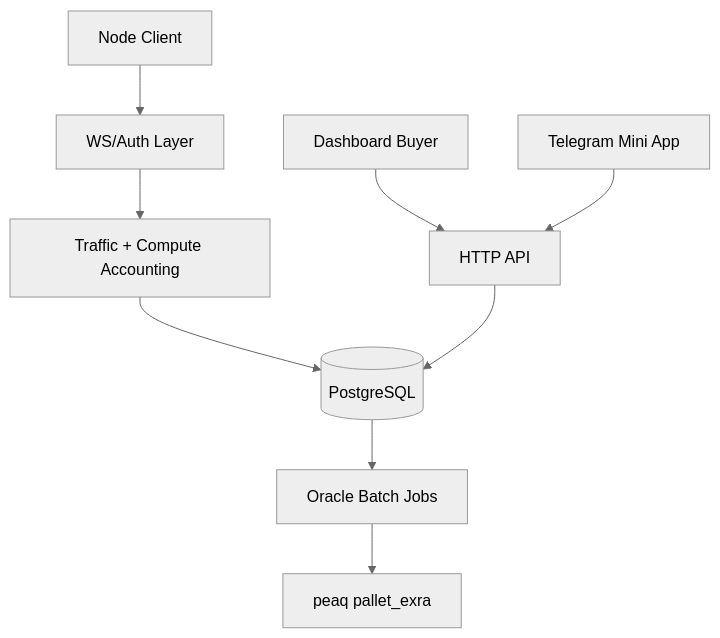
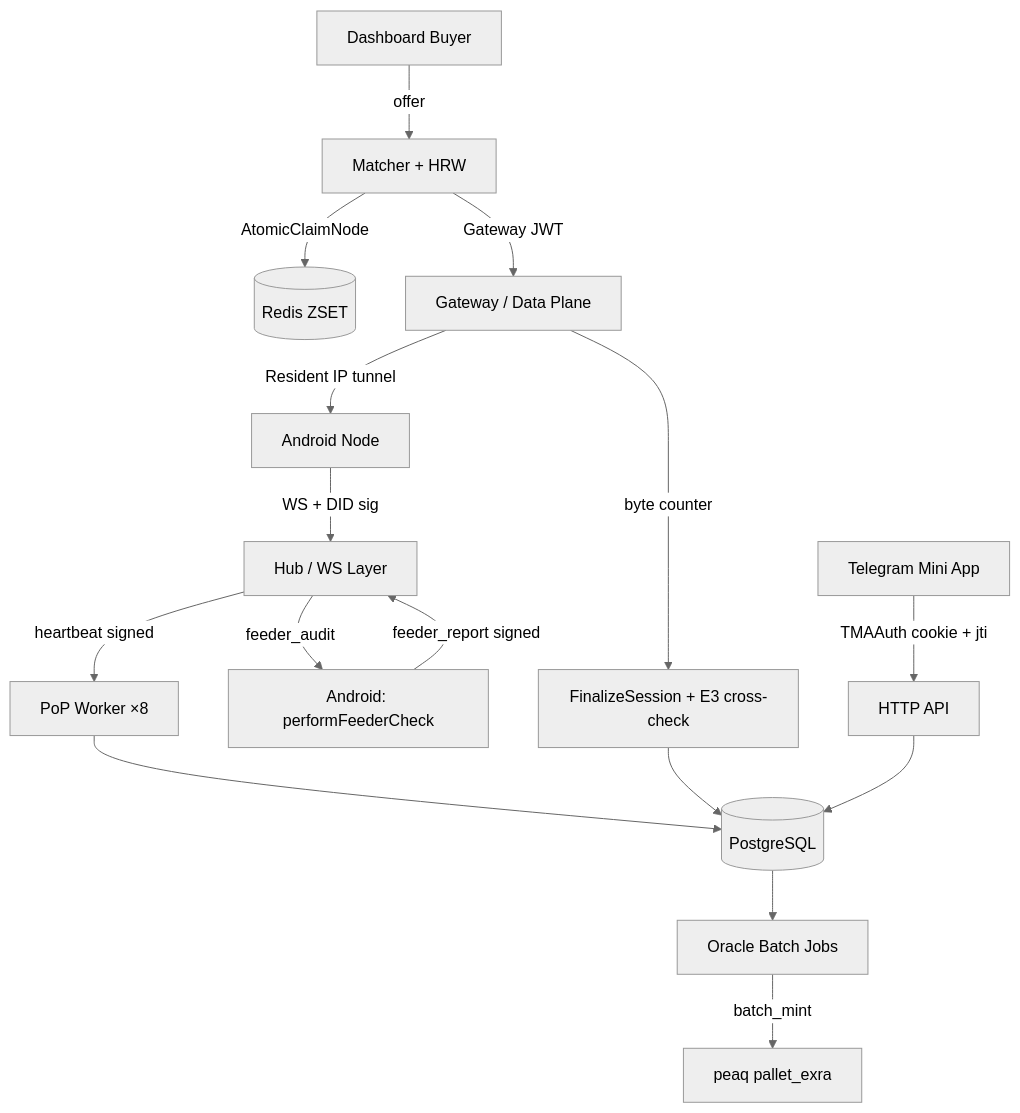
One commit to ErickBatt/EXRA-network changed the diagram in docs/ARCHITECTURE.md. Above: the diagram before and after it, drawn with Mermaid (neutral theme). The commit also changed other lines of this file and 3 other files, not shown here.

````diff
--- a/docs/ARCHITECTURE.md
+++ b/docs/ARCHITECTURE.md
@@ -26,11 +29,18 @@
 ```mermaid
 flowchart TD
-    node[Node Client] --> ws[WS/Auth Layer]
-    ws --> usage[Traffic + Compute Accounting]
-    usage --> db[(PostgreSQL)]
+    node[Android Node] -->|WS + DID sig| ws[Hub / WS Layer]
+    ws -->|heartbeat signed| pop[PoP Worker ×8]
+    pop --> db[(PostgreSQL)]
+    ws -->|feeder_audit| android[Android: performFeederCheck]
+    android -->|feeder_report signed| ws
+    buyer[Dashboard Buyer] -->|offer| matcher[Matcher + HRW]
+    matcher -->|AtomicClaimNode| redis[(Redis ZSET)]
+    matcher -->|Gateway JWT| gw[Gateway / Data Plane]
+    gw -->|Resident IP tunnel| node
+    gw -->|byte counter| sess[FinalizeSession + E3 cross-check]
+    sess --> db
     db --> oracle[Oracle Batch Jobs]
-    oracle --> chain[peaq pallet_exra]
-    buyer[Dashboard Buyer] --> api[HTTP API]
-    tma[Telegram Mini App] --> api
+    oracle -->|batch_mint| chain[peaq pallet_exra]
+    tma[Telegram Mini App] -->|TMAAuth cookie + jti| api[HTTP API]
     api --> db
 ```
````
